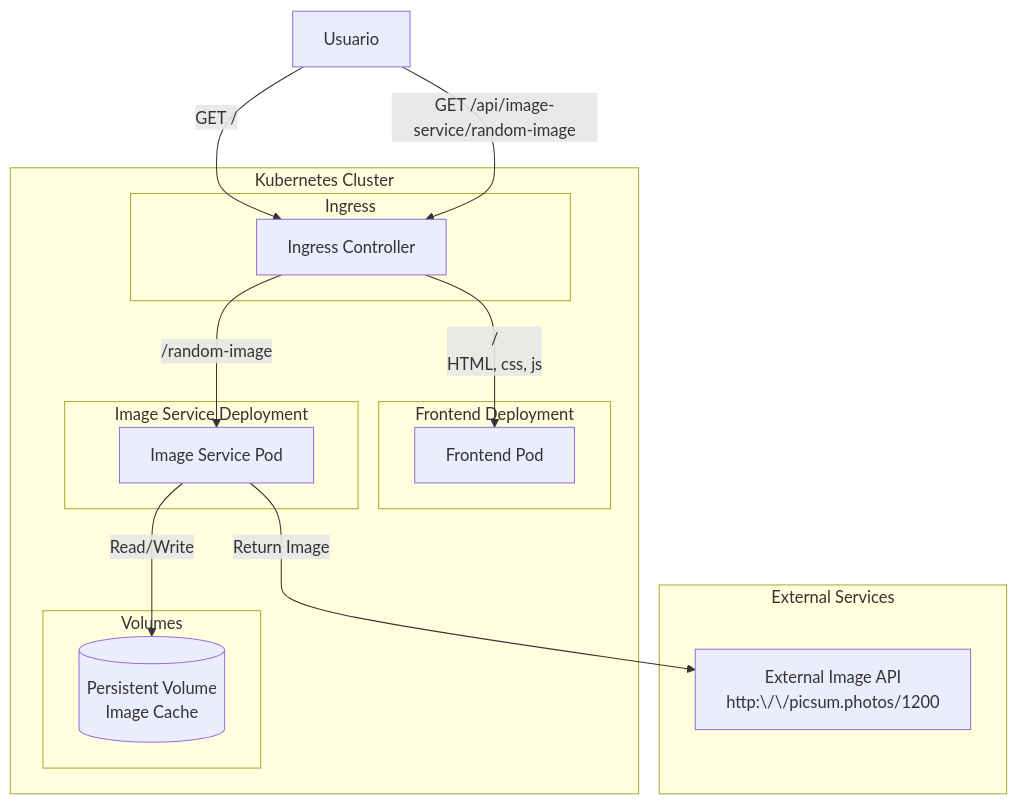
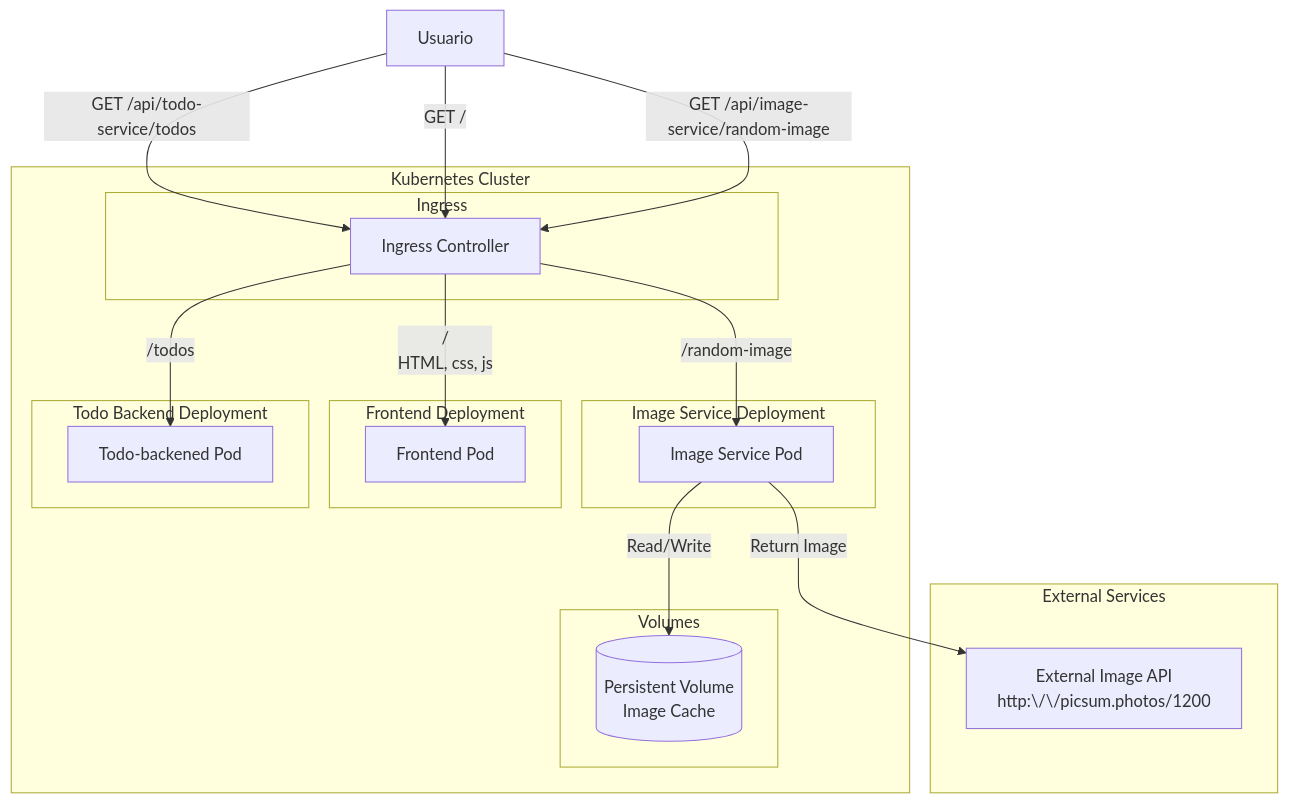
The diagram in the_project/README.md (Yakovyakov/KubernetsSubmissions), drawn with Mermaid before and after one commit. The commit also changed other lines of this file and 16 other files, not shown here.

````diff
--- a/the_project/README.md
+++ b/the_project/README.md
@@ -106,35 +134,41 @@
   ```mermaid
     graph TD
       subgraph Kubernetes Cluster
           subgraph Ingress
               I[Ingress Controller]
           end
          
+          subgraph Image Service Deployment 
+              IS[ Image Service Pod]
+          end
+
           subgraph Frontend Deployment
               F[Frontend Pod]
           end
-        
-          subgraph Image Service Deployment 
-              IS[ Image Service Pod]
+
+          subgraph Todo Backend Deployment
+              TB[Todo-backened Pod]
           end
+
         
           subgraph Volumes
               PV[(Persistent Volume<br>Image Cache)]
           end
       end
     subgraph External Services
       EXT[External Image API<br>http:\/\/picsum.photos/1200]
     end
+    
 
-    
+      User -->|GET /api/todo-service/todos| I
       User[Usuario] -->|GET /| I
       User -->|GET /api/image-service/random-image| I
       
     
+      I -->|/todos| TB
       I -->|/</br>HTML, css, js| F
       I -->|/random-image| IS
-      
     
       IS -->|Read/Write| PV
       IS -->|Return Image| EXT
   ```
````
